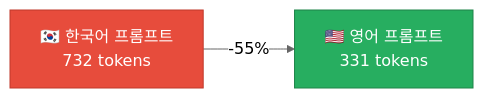
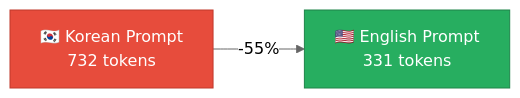
The first of 2 diagrams in _posts/2026-02-25-ollacode-prompt-optimization-benchmark.md (rockyRunnr/rockyRunnr.github.io), drawn with Mermaid (neutral theme) before and after one commit. The commit also changed other lines of this file and 1 other file, not shown here.

Commit message:
fix: rewrite blog posts in English

````diff
--- a/_posts/2026-02-25-ollacode-prompt-optimization-benchmark.md
+++ b/_posts/2026-02-25-ollacode-prompt-optimization-benchmark.md
@@ -71,7 +71,7 @@
 ```mermaid
 graph LR
-    A["🇰🇷 한국어 프롬프트<br/>732 tokens"] -->|"-55%"| B["🇺🇸 영어 프롬프트<br/>331 tokens"]
+    A["🇰🇷 Korean Prompt<br/>732 tokens"] -->|"-55%"| B["🇺🇸 English Prompt<br/>331 tokens"]
 
     style A fill:#e74c3c,stroke:#c0392b,color:#fff
     style B fill:#27ae60,stroke:#1e8449,color:#fff
 ```
````
